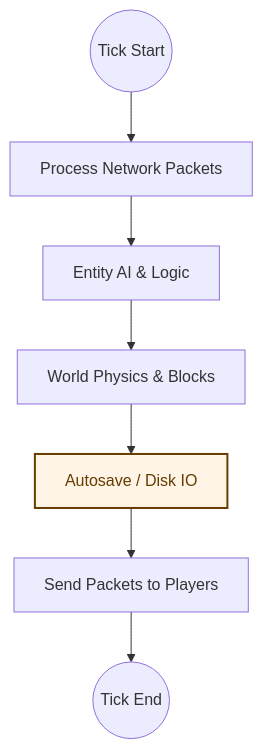
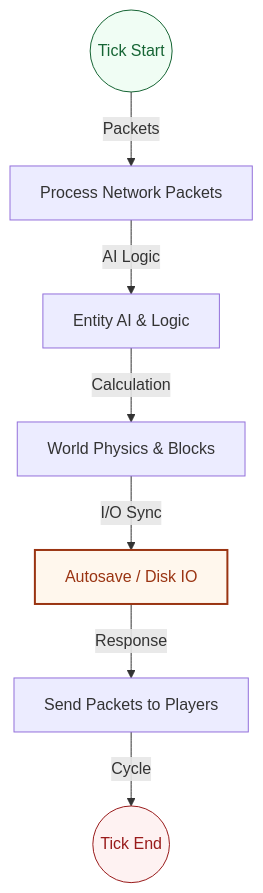
The first of 2 diagrams in docs/source/optimization.rst (Earth1283/OpenWiki), drawn with Mermaid before and after one commit. The commit also changed other lines of this file and 5 other files, not shown here.

Commit message:
added more mermaids

```diff
--- a/docs/source/optimization.rst
+++ b/docs/source/optimization.rst
@@ -19,11 +19,13 @@
 .. mermaid::
 
    graph TD
-       Start((Tick Start)) --> Input[Process Network Packets]
-       Input --> AI[Entity AI & Logic]
-       AI --> Physics[World Physics & Blocks]
-       Physics --> Save[Autosave / Disk IO]
-       Save --> Output[Send Packets to Players]
-       Output --> End((Tick End))
+       Start((Tick Start)) -- Packets --> Input[Process Network Packets]
+       Input -- AI Logic --> AI[Entity AI & Logic]
+       AI -- Calculation --> Physics[World Physics & Blocks]
+       Physics -- I/O Sync --> Save[Autosave / Disk IO]
+       Save -- Response --> Output[Send Packets to Players]
+       Output -- Cycle --> End((Tick End))
        
-       style Save fill:#fff4e5,stroke:#663c00,stroke-width:2px,color:#663c00
+       style Save fill:#fff7ed,stroke:#9a3412,stroke-width:2px,color:#9a3412
+       style Start fill:#f0fdf4,stroke:#166534,color:#166534
+       style End fill:#fef2f2,stroke:#991b1b,color:#991b1b
```
